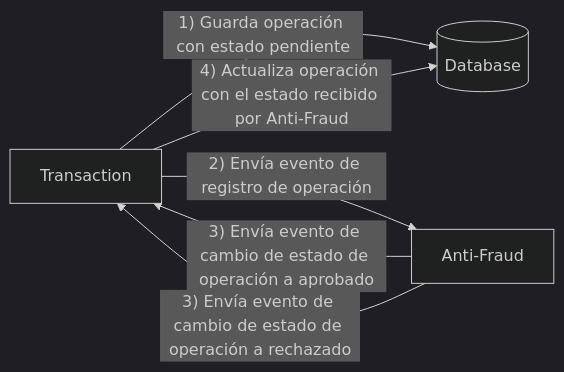
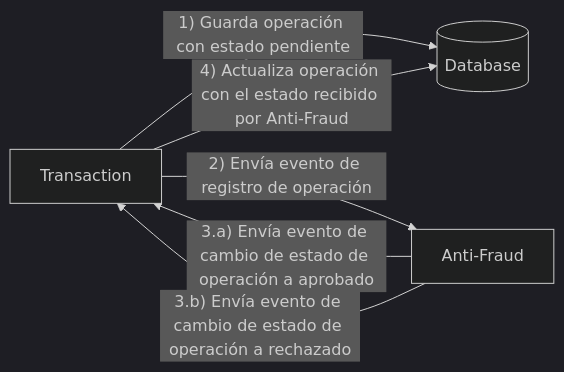
Before and after one commit to Interbank-Comercial-MDC/java-code-challenge: the diagram in README.md, drawn with Mermaid (dark theme).

````diff
--- a/README.md
+++ b/README.md
@@ -24,8 +24,8 @@
 ```mermaid
   flowchart LR
     Transaction -- 1) Guarda operación con estado pendiente --> transactionDatabase[(Database)]
     Transaction -- 2) Envía evento de registro de operación --> Anti-Fraud
-    Anti-Fraud -- 3) Envía evento de cambio de estado de operación a aprobado --> Transaction
-    Anti-Fraud -- 3) Envía evento de cambio de estado de operación a rechazado --> Transaction
+    Anti-Fraud -- 3.a) Envía evento de cambio de estado de operación a aprobado --> Transaction
+    Anti-Fraud -- 3.b) Envía evento de cambio de estado de operación a rechazado --> Transaction
     Transaction -- 4) Actualiza operación con el estado recibido por Anti-Fraud --> transactionDatabase[(Database)]
 ```
````
